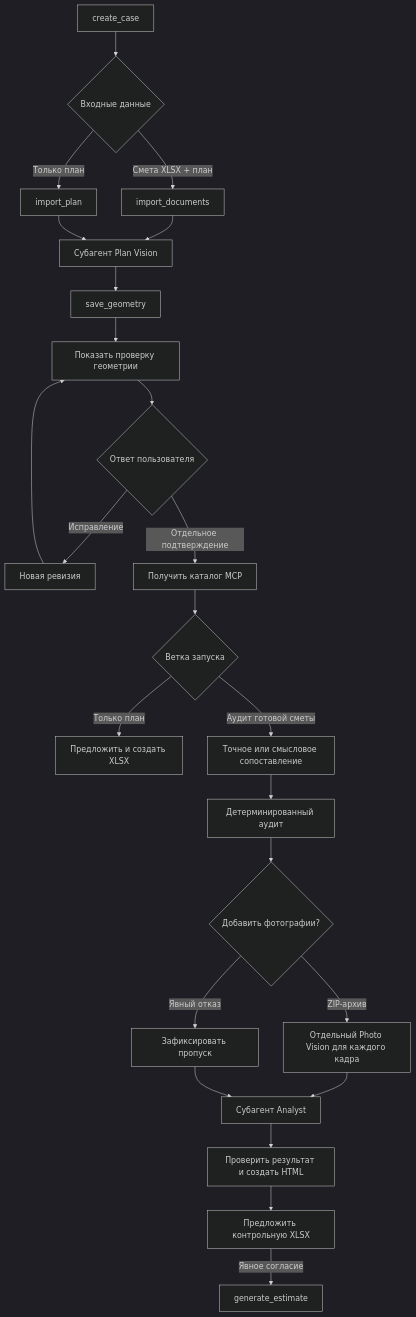
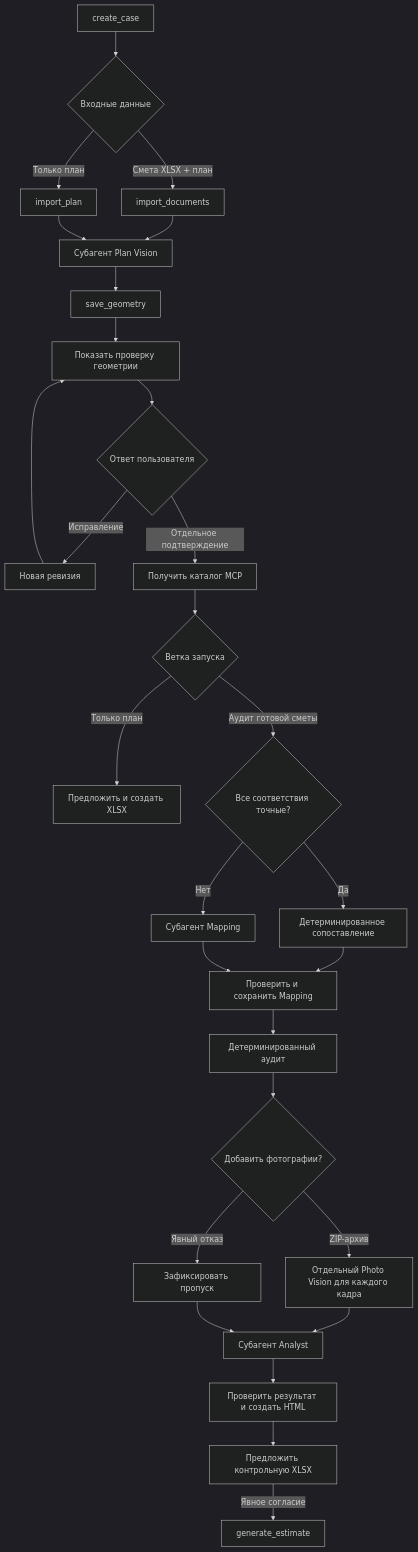
The diagram in docs/TECHNICAL.md (MichaelDavislol/construction_audit_mvp), drawn with Mermaid (dark theme) before and after one commit. The commit also changed other lines of this file, not shown here.

Commit message:
Document mapping workflow

````diff
--- a/docs/TECHNICAL.md
+++ b/docs/TECHNICAL.md
@@ -81,26 +81,30 @@
 ```mermaid
 flowchart TD
     A[create_case] --> B{Входные данные}
     B -->|Смета XLSX + план| C[import_documents]
     B -->|Только план| D[import_plan]
     C --> E[Субагент Plan Vision]
     D --> E
     E --> F[save_geometry]
     F --> G[Показать проверку геометрии]
     G --> H{Ответ пользователя}
     H -->|Исправление| I[Новая ревизия]
     I --> G
     H -->|Отдельное подтверждение| J[Получить каталог MCP]
     J --> K{Ветка запуска}
     K -->|Только план| L[Предложить и создать XLSX]
-    K -->|Аудит готовой сметы| M[Точное или смысловое сопоставление]
-    M --> N[Детерминированный аудит]
+    K -->|Аудит готовой сметы| M{Все соответствия точные?}
+    M -->|Да| MA[Детерминированное сопоставление]
+    M -->|Нет| MB[Субагент Mapping]
+    MA --> MC[Проверить и сохранить Mapping]
+    MB --> MC
+    MC --> N[Детерминированный аудит]
     N --> O{Добавить фотографии?}
     O -->|ZIP-архив| P[Отдельный Photo Vision для каждого кадра]
     O -->|Явный отказ| Q[Зафиксировать пропуск]
     P --> R[Субагент Analyst]
     Q --> R
     R --> S[Проверить результат и создать HTML]
     S --> T[Предложить контрольную XLSX]
     T -->|Явное согласие| U[generate_estimate]
 ```
````
